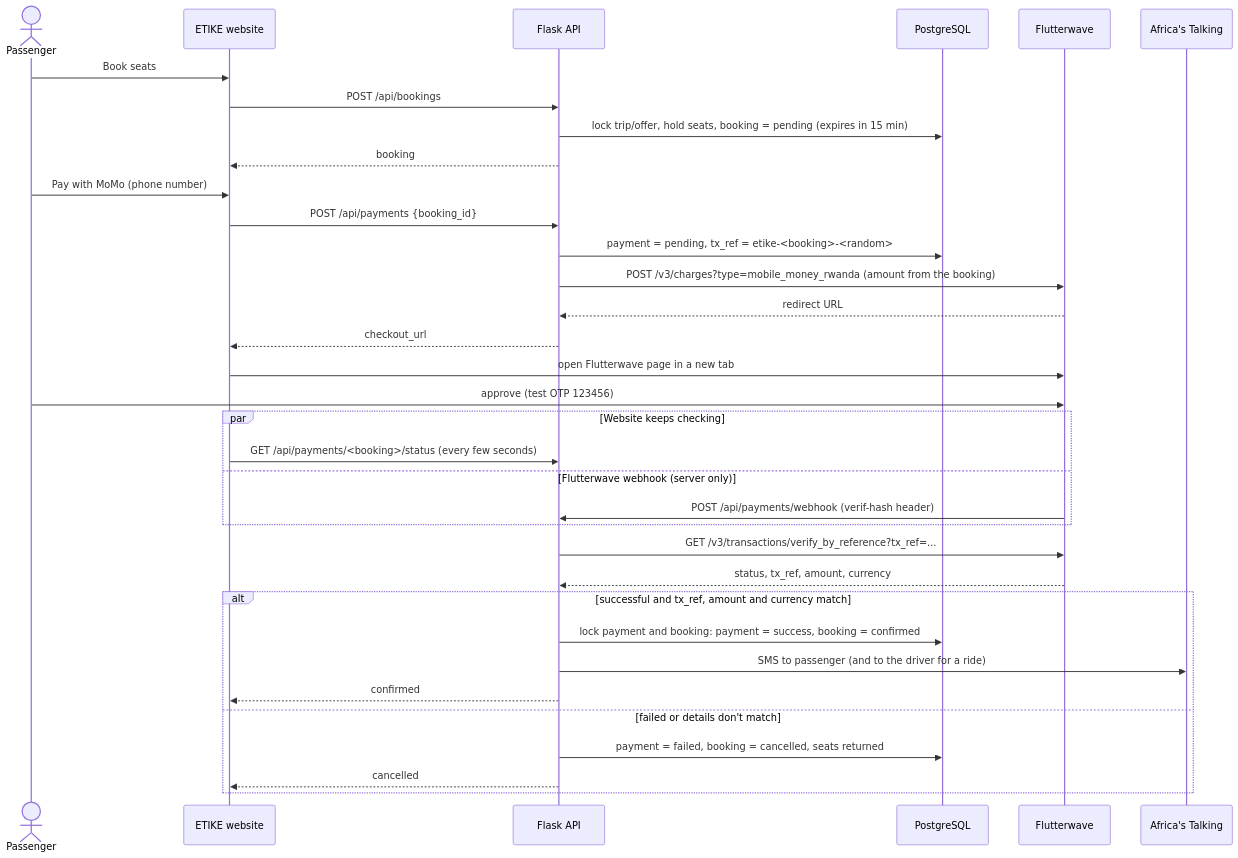
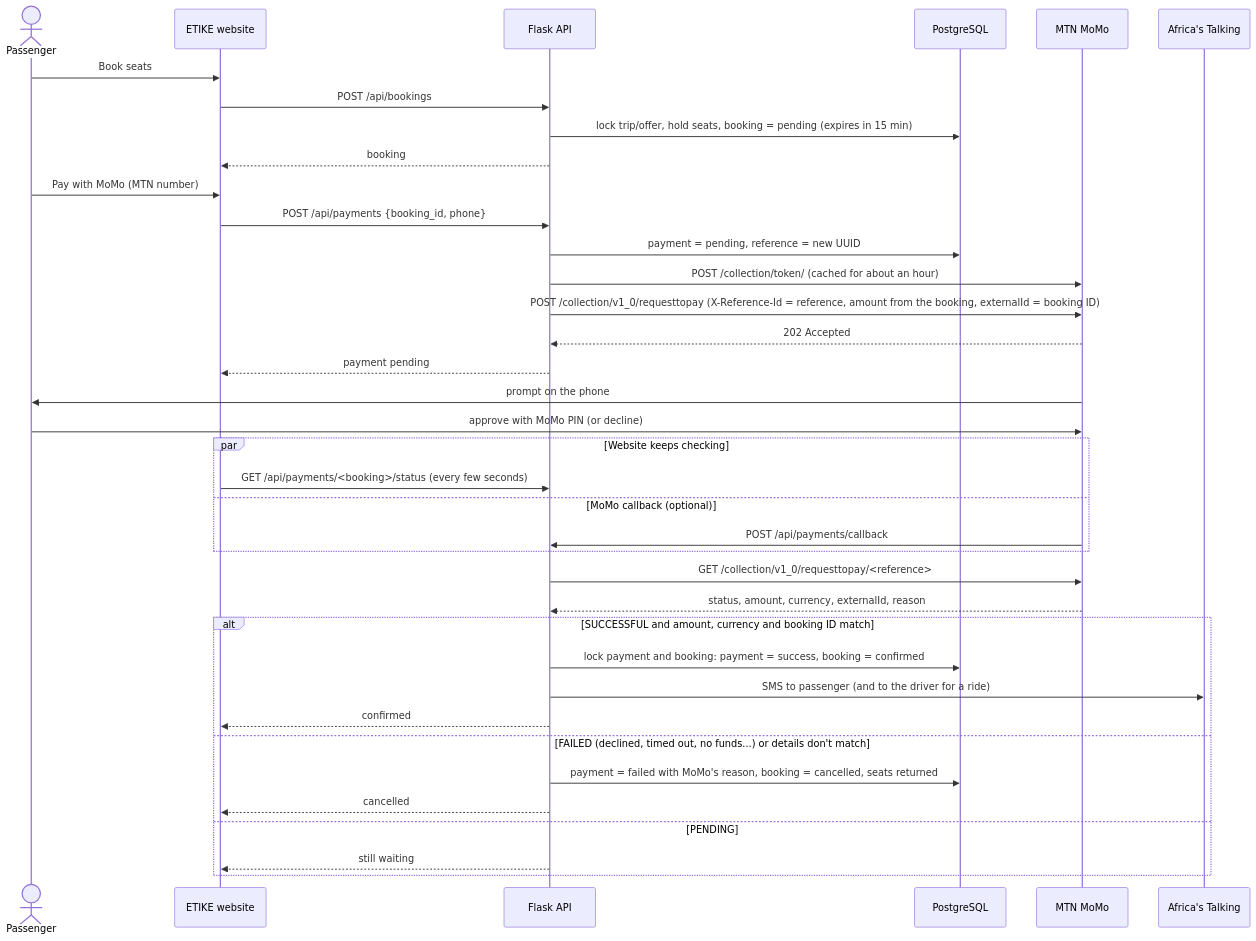
One commit to ixhm-brix/etike changed the third of 3 diagrams in docs/architecture.md. Above: the diagram before and after it, drawn with Mermaid. The commit also changed other lines of this file and 22 other files, not shown here.

First line of the commit message:
Payments: MTN MoMo request to pay instead of Flutterwave

````diff
--- a/docs/architecture.md
+++ b/docs/architecture.md
@@ -86,37 +85,40 @@
 ```mermaid
 sequenceDiagram
     actor P as Passenger
     participant W as ETIKE website
     participant A as Flask API
     participant DB as PostgreSQL
-    participant F as Flutterwave
+    participant M as MTN MoMo
     participant S as Africa's Talking
 
     P->>W: Book seats
     W->>A: POST /api/bookings
     A->>DB: lock trip/offer, hold seats, booking = pending (expires in 15 min)
     A-->>W: booking
-    P->>W: Pay with MoMo (phone number)
-    W->>A: POST /api/payments {booking_id}
-    A->>DB: payment = pending, tx_ref = etike-<booking>-<random>
-    A->>F: POST /v3/charges?type=mobile_money_rwanda (amount from the booking)
-    F-->>A: redirect URL
-    A-->>W: checkout_url
-    W->>F: open Flutterwave page in a new tab
-    P->>F: approve (test OTP 123456)
+    P->>W: Pay with MoMo (MTN number)
+    W->>A: POST /api/payments {booking_id, phone}
+    A->>DB: payment = pending, reference = new UUID
+    A->>M: POST /collection/token/ (cached for about an hour)
+    A->>M: POST /collection/v1_0/requesttopay (X-Reference-Id = reference, amount from the booking, externalId = booking ID)
+    M-->>A: 202 Accepted
+    A-->>W: payment pending
+    M->>P: prompt on the phone
+    P->>M: approve with MoMo PIN (or decline)
     par Website keeps checking
         W->>A: GET /api/payments/<booking>/status (every few seconds)
-    and Flutterwave webhook (server only)
-        F->>A: POST /api/payments/webhook (verif-hash header)
+    and MoMo callback (optional)
+        M->>A: POST /api/payments/callback
     end
-    A->>F: GET /v3/transactions/verify_by_reference?tx_ref=...
-    F-->>A: status, tx_ref, amount, currency
-    alt successful and tx_ref, amount and currency match
+    A->>M: GET /collection/v1_0/requesttopay/<reference>
+    M-->>A: status, amount, currency, externalId, reason
+    alt SUCCESSFUL and amount, currency and booking ID match
         A->>DB: lock payment and booking: payment = success, booking = confirmed
         A->>S: SMS to passenger (and to the driver for a ride)
         A-->>W: confirmed
-    else failed or details don't match
-        A->>DB: payment = failed, booking = cancelled, seats returned
+    else FAILED (declined, timed out, no funds...) or details don't match
+        A->>DB: payment = failed with MoMo's reason, booking = cancelled, seats returned
         A-->>W: cancelled
+    else PENDING
+        A-->>W: still waiting
     end
 ```
````
